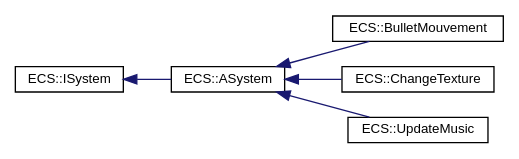
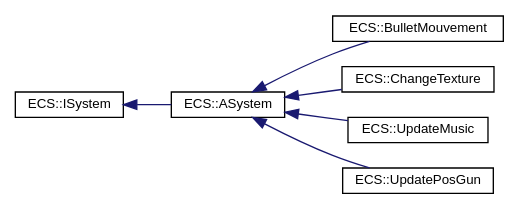
Before and after one commit to TerryMazzoni/RTypeMirror: the diagram in inherit_graph_25.dot, drawn with Graphviz. The commit also changed 85 other files, not shown here.

```diff
--- a/inherit_graph_25.dot
+++ b/inherit_graph_25.dot
@@ -1,16 +1,18 @@
 digraph "Graphical Class Hierarchy"
 {
  // LATEX_PDF_SIZE
   edge [fontname="Helvetica",fontsize="10",labelfontname="Helvetica",labelfontsize="10"];
   node [fontname="Helvetica",fontsize="10",shape=record];
   rankdir="LR";
   Node0 [label="ECS::ISystem",height=0.2,width=0.4,color="black", fillcolor="white", style="filled",URL="$classECS_1_1ISystem.html",tooltip=" "];
   Node0 -> Node1 [dir="back",color="midnightblue",fontsize="10",style="solid",fontname="Helvetica"];
   Node1 [label="ECS::ASystem",height=0.2,width=0.4,color="black", fillcolor="white", style="filled",URL="$classECS_1_1ASystem.html",tooltip=" "];
   Node1 -> Node2 [dir="back",color="midnightblue",fontsize="10",style="solid",fontname="Helvetica"];
   Node2 [label="ECS::BulletMouvement",height=0.2,width=0.4,color="black", fillcolor="white", style="filled",URL="$classECS_1_1BulletMouvement.html",tooltip=" "];
   Node1 -> Node3 [dir="back",color="midnightblue",fontsize="10",style="solid",fontname="Helvetica"];
   Node3 [label="ECS::ChangeTexture",height=0.2,width=0.4,color="black", fillcolor="white", style="filled",URL="$classECS_1_1ChangeTexture.html",tooltip=" "];
   Node1 -> Node4 [dir="back",color="midnightblue",fontsize="10",style="solid",fontname="Helvetica"];
   Node4 [label="ECS::UpdateMusic",height=0.2,width=0.4,color="black", fillcolor="white", style="filled",URL="$classECS_1_1UpdateMusic.html",tooltip=" "];
+  Node1 -> Node5 [dir="back",color="midnightblue",fontsize="10",style="solid",fontname="Helvetica"];
+  Node5 [label="ECS::UpdatePosGun",height=0.2,width=0.4,color="black", fillcolor="white", style="filled",URL="$classECS_1_1UpdatePosGun.html",tooltip=" "];
 }
```
